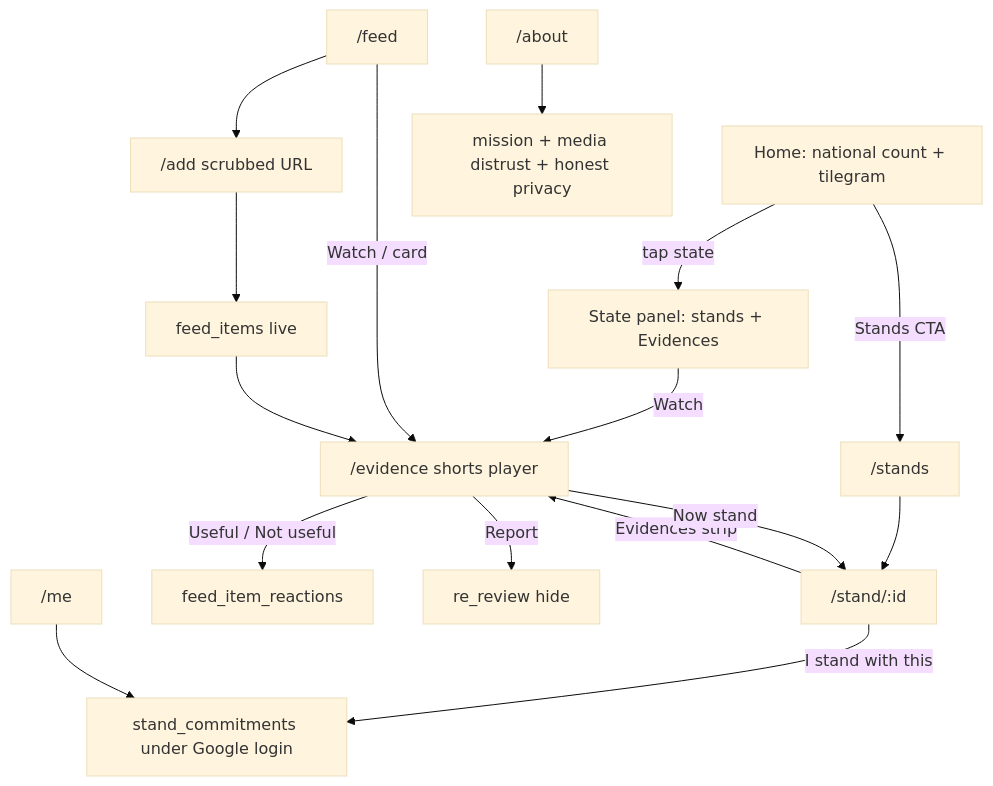
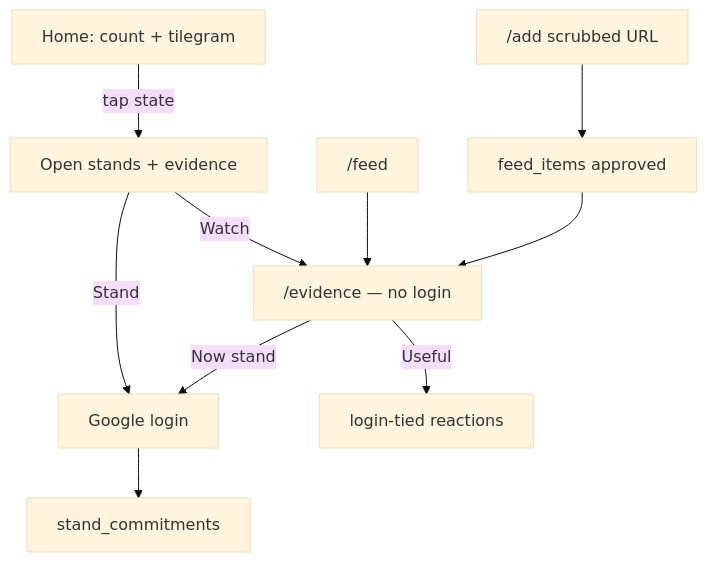
Before and after one commit to bharatdudeja13-cmd/BharatBol: the diagram in docs/site-flow.md, drawn with Mermaid (base theme). The commit also changed other lines of this file and 22 other files, not shown here.

First line of the commit message:
feat: vision E2E — public evidence, geo tiles, sticky auth

````diff
--- a/docs/site-flow.md
+++ b/docs/site-flow.md
@@ -5,19 +5,13 @@
 ```mermaid
 flowchart TD
-  Home["Home: national count + tilegram"]
-  Home -->|"tap state"| StatePanel["State panel: stands + Evidences"]
-  StatePanel -->|"Watch"| Player["/evidence shorts player"]
-  Home -->|"Stands CTA"| Stands["/stands"]
-  Stands --> StandDetail["/stand/:id"]
-  StandDetail -->|"Evidences strip"| Player
-  StandDetail -->|"I stand with this"| Commit["stand_commitments under Google login"]
-  Feed["/feed"] -->|"Watch / card"| Player
-  Feed --> Add["/add scrubbed URL"]
-  Add --> Items["feed_items live"]
+  Home["Home: count + tilegram"]
+  Home -->|"tap state"| Panel["Open stands + evidence"]
+  Panel -->|"Watch"| Player["/evidence — no login"]
+  Panel -->|"Stand"| Auth["Google login"]
+  Auth --> Commit["stand_commitments"]
+  Feed["/feed"] --> Player
+  Add["/add scrubbed URL"] --> Items["feed_items approved"]
   Items --> Player
-  Player -->|"Useful / Not useful"| React["feed_item_reactions"]
-  Player -->|"Report"| Hide["re_review hide"]
-  Player -->|"Now stand"| StandDetail
-  Me["/me"] --> Commit
-  About["/about"] --> Trust["mission + media distrust + honest privacy"]
+  Player -->|"Useful"| React["login-tied reactions"]
+  Player -->|"Now stand"| Auth
 ```
````
